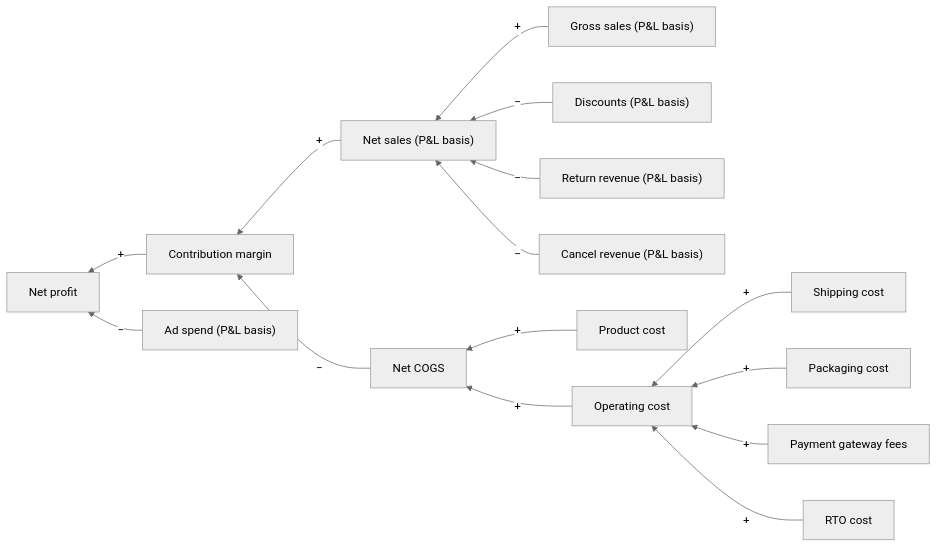
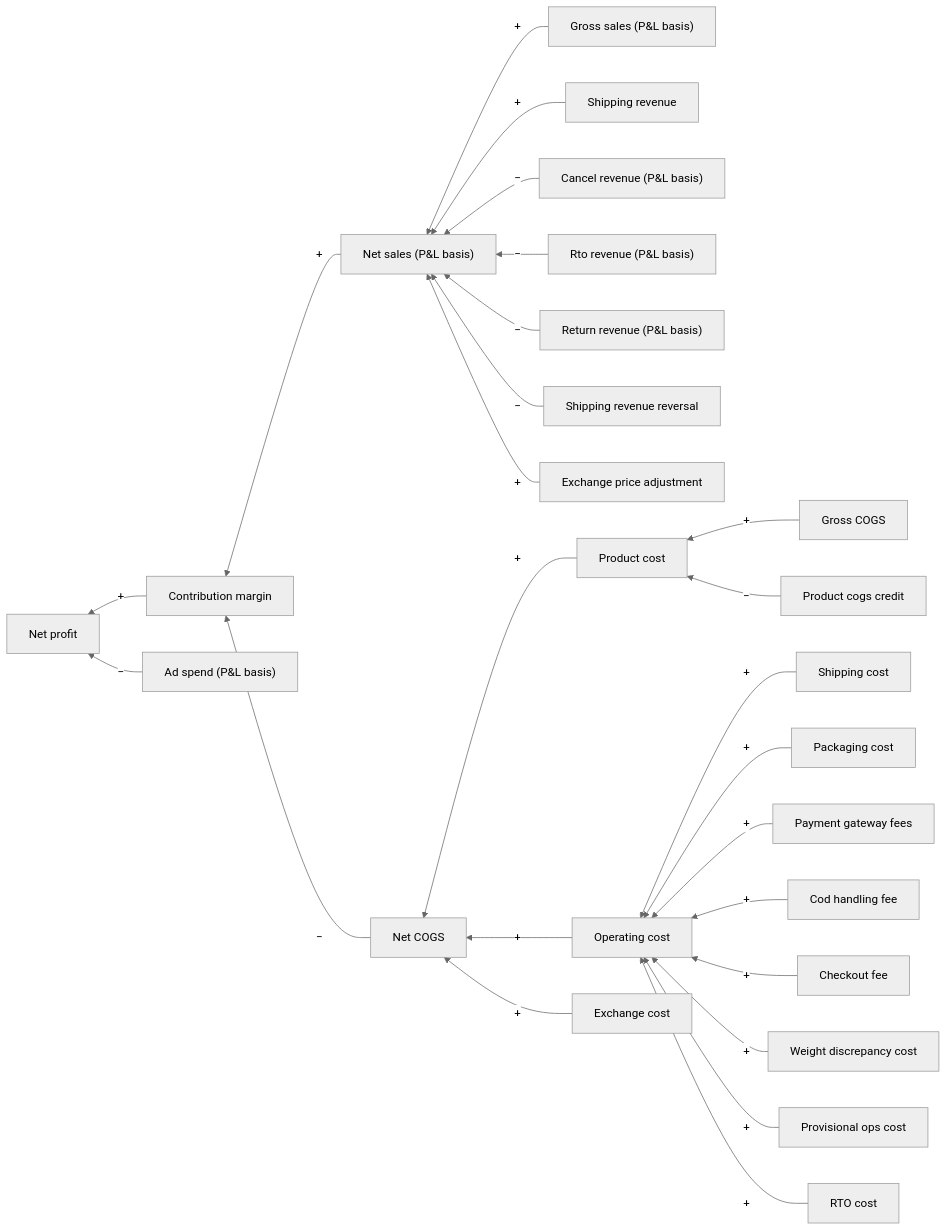
One commit to Tervigon-Collective/Seleric_Agent_Core changed the second of 4 diagrams in doc/dependency_graph/DEPENDENCY_GRAPH.md. Above: the diagram before and after it, drawn with Mermaid (neutral theme). The commit also changed other lines of this file and 1309 other files, not shown here.

````diff
--- a/doc/dependency_graph/DEPENDENCY_GRAPH.md
+++ b/doc/dependency_graph/DEPENDENCY_GRAPH.md
@@ -151,32 +151,52 @@
 ```mermaid
 flowchart RL
+    checkout_fee["Checkout fee"]
+    cod_handling_fee["Cod handling fee"]
     contribution_margin["Contribution margin"]
+    exchange_cost["Exchange cost"]
+    exchange_price_adjustment["Exchange price adjustment"]
+    gross_cogs["Gross COGS"]
     net_cogs["Net COGS"]
     net_profit["Net profit"]
     operating_cost["Operating cost"]
     order_pnl_ad_spend["Ad spend (P&L basis)"]
     order_pnl_cancel_revenue["Cancel revenue (P&L basis)"]
-    order_pnl_discounts["Discounts (P&L basis)"]
     order_pnl_gross_sales["Gross sales (P&L basis)"]
     order_pnl_net_sales["Net sales (P&L basis)"]
     order_pnl_return_revenue["Return revenue (P&L basis)"]
+    order_pnl_rto_revenue["Rto revenue (P&L basis)"]
     packaging_cost["Packaging cost"]
     payment_gateway_fees["Payment gateway fees"]
+    product_cogs_credit["Product cogs credit"]
     product_cost["Product cost"]
+    provisional_ops_cost["Provisional ops cost"]
     rto_cost["RTO cost"]
     shipping_cost["Shipping cost"]
+    shipping_revenue["Shipping revenue"]
+    shipping_revenue_reversal["Shipping revenue reversal"]
+    weight_discrepancy_cost["Weight discrepancy cost"]
     contribution_margin -- "+" --> net_profit
     order_pnl_ad_spend -- "−" --> net_profit
     order_pnl_net_sales -- "+" --> contribution_margin
     net_cogs -- "−" --> contribution_margin
     product_cost -- "+" --> net_cogs
     operating_cost -- "+" --> net_cogs
+    exchange_cost -- "+" --> net_cogs
     shipping_cost -- "+" --> operating_cost
     packaging_cost -- "+" --> operating_cost
     payment_gateway_fees -- "+" --> operating_cost
+    cod_handling_fee -- "+" --> operating_cost
+    checkout_fee -- "+" --> operating_cost
+    weight_discrepancy_cost -- "+" --> operating_cost
+    provisional_ops_cost -- "+" --> operating_cost
     rto_cost -- "+" --> operating_cost
+    gross_cogs -- "+" --> product_cost
+    product_cogs_credit -- "−" --> product_cost
     order_pnl_gross_sales -- "+" --> order_pnl_net_sales
-    order_pnl_discounts -- "−" --> order_pnl_net_sales
+    shipping_revenue -- "+" --> order_pnl_net_sales
+    order_pnl_cancel_revenue -- "−" --> order_pnl_net_sales
+    order_pnl_rto_revenue -- "−" --> order_pnl_net_sales
     order_pnl_return_revenue -- "−" --> order_pnl_net_sales
-    order_pnl_cancel_revenue -- "−" --> order_pnl_net_sales
+    shipping_revenue_reversal -- "−" --> order_pnl_net_sales
+    exchange_price_adjustment -- "+" --> order_pnl_net_sales
 ```
````
